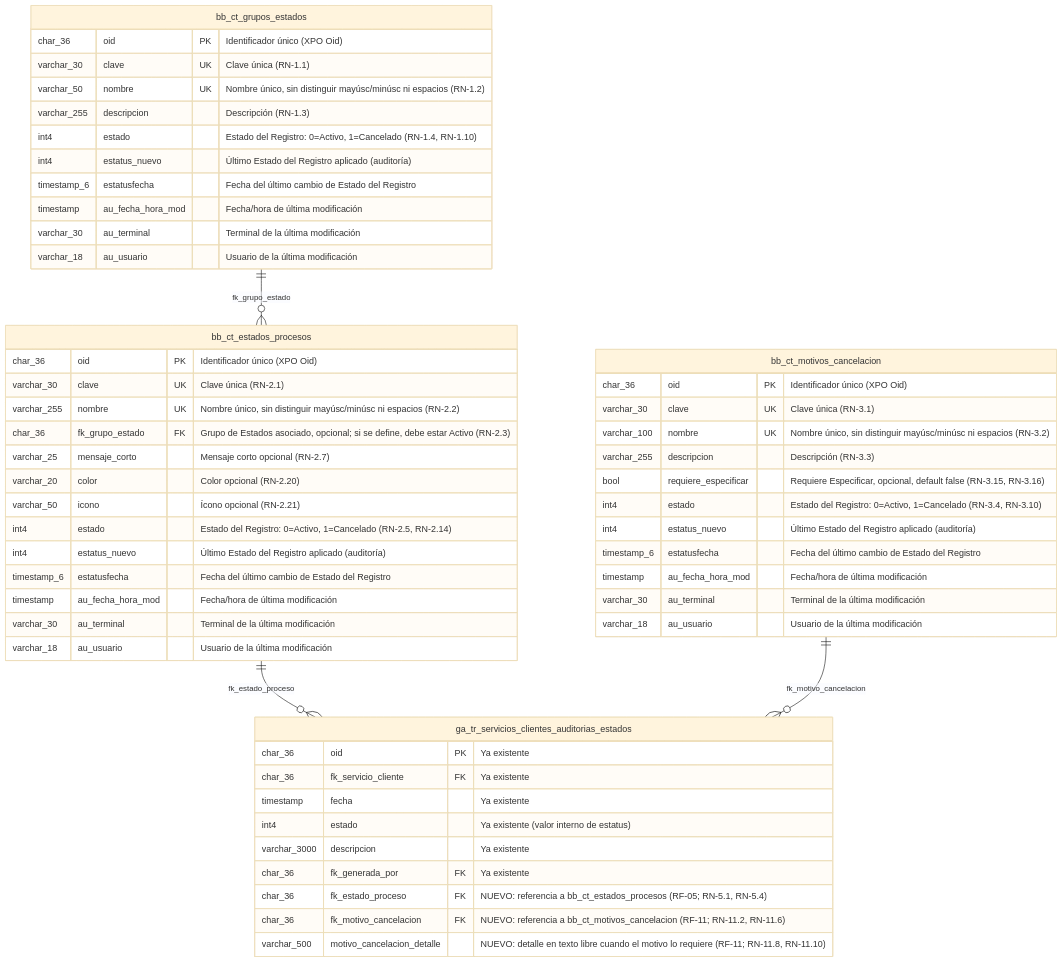
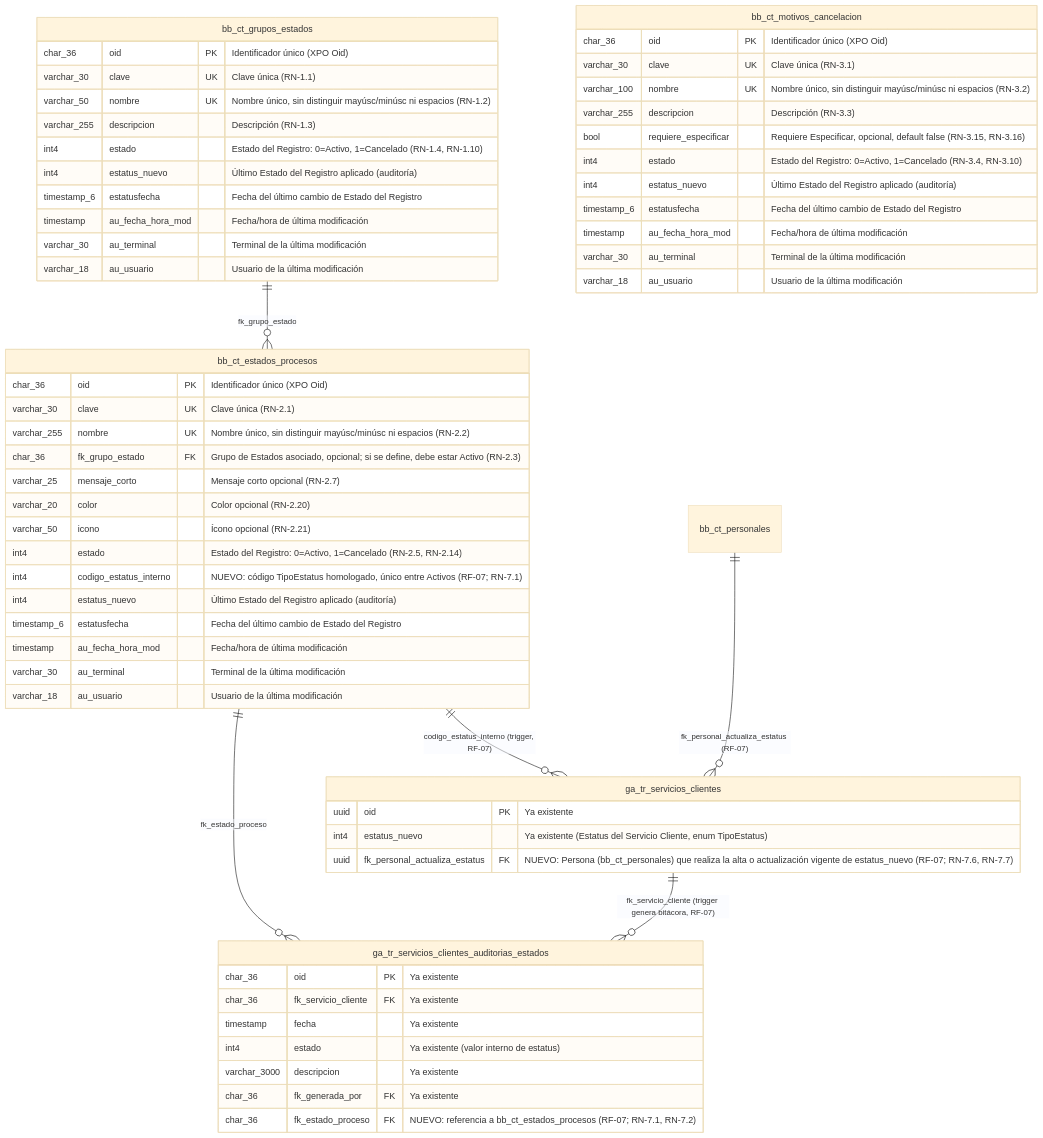
Before and after one commit to solis1408/Business-Suite: the diagram in docs/Proyectos/EstatusTickets/documentacion/Tecnico-Monitor-CAU-Nuevos-Estados.md, drawn with Mermaid (base theme). The commit also changed other lines of this file and 4 other files, not shown here.

Commit message:
docs(estatus-tickets): renombra Funcionales a Estados-Tickets-Proyectos y elimina requerimientos obsoletos

````diff
--- a/docs/Proyectos/EstatusTickets/documentacion/Tecnico-Monitor-CAU-Nuevos-Estados.md
+++ b/docs/Proyectos/EstatusTickets/documentacion/Tecnico-Monitor-CAU-Nuevos-Estados.md
@@ -41,58 +46,64 @@
 ```mermaid
 erDiagram
     bb_ct_grupos_estados ||--o{ bb_ct_estados_procesos : "fk_grupo_estado"
     bb_ct_estados_procesos ||--o{ ga_tr_servicios_clientes_auditorias_estados : "fk_estado_proceso"
-    bb_ct_motivos_cancelacion ||--o{ ga_tr_servicios_clientes_auditorias_estados : "fk_motivo_cancelacion"
+    bb_ct_estados_procesos ||--o{ ga_tr_servicios_clientes : "codigo_estatus_interno (trigger, RF-07)"
+    ga_tr_servicios_clientes ||--o{ ga_tr_servicios_clientes_auditorias_estados : "fk_servicio_cliente (trigger genera bitácora, RF-07)"
+    bb_ct_personales ||--o{ ga_tr_servicios_clientes : "fk_personal_actualiza_estatus (RF-07)"
 
+    ga_tr_servicios_clientes {
+        uuid oid PK "Ya existente"
+        int4 estatus_nuevo "Ya existente (Estatus del Servicio Cliente, enum TipoEstatus)"
+        uuid fk_personal_actualiza_estatus FK "NUEVO: Persona (bb_ct_personales) que realiza la alta o actualización vigente de estatus_nuevo (RF-07; RN-7.6, RN-7.7)"
+    }
     bb_ct_grupos_estados {
         char_36 oid PK "Identificador único (XPO Oid)"
         varchar_30 clave UK "Clave única (RN-1.1)"
         varchar_50 nombre UK "Nombre único, sin distinguir mayúsc/minúsc ni espacios (RN-1.2)"
         varchar_255 descripcion "Descripción (RN-1.3)"
         int4 estado "Estado del Registro: 0=Activo, 1=Cancelado (RN-1.4, RN-1.10)"
         int4 estatus_nuevo "Último Estado del Registro aplicado (auditoría)"
         timestamp_6 estatusfecha "Fecha del último cambio de Estado del Registro"
         timestamp au_fecha_hora_mod "Fecha/hora de última modificación"
         varchar_30 au_terminal "Terminal de la última modificación"
         varchar_18 au_usuario "Usuario de la última modificación"
     }
     bb_ct_estados_procesos {
         char_36 oid PK "Identificador único (XPO Oid)"
         varchar_30 clave UK "Clave única (RN-2.1)"
         varchar_255 nombre UK "Nombre único, sin distinguir mayúsc/minúsc ni espacios (RN-2.2)"
         char_36 fk_grupo_estado FK "Grupo de Estados asociado, opcional; si se define, debe estar Activo (RN-2.3)"
         varchar_25 mensaje_corto "Mensaje corto opcional (RN-2.7)"
         varchar_20 color "Color opcional (RN-2.20)"
         varchar_50 icono "Ícono opcional (RN-2.21)"
         int4 estado "Estado del Registro: 0=Activo, 1=Cancelado (RN-2.5, RN-2.14)"
+        int4 codigo_estatus_interno "NUEVO: código TipoEstatus homologado, único entre Activos (RF-07; RN-7.1)"
         int4 estatus_nuevo "Último Estado del Registro aplicado (auditoría)"
         timestamp_6 estatusfecha "Fecha del último cambio de Estado del Registro"
         timestamp au_fecha_hora_mod "Fecha/hora de última modificación"
         varchar_30 au_terminal "Terminal de la última modificación"
         varchar_18 au_usuario "Usuario de la última modificación"
     }
     bb_ct_motivos_cancelacion {
         char_36 oid PK "Identificador único (XPO Oid)"
         varchar_30 clave UK "Clave única (RN-3.1)"
         varchar_100 nombre UK "Nombre único, sin distinguir mayúsc/minúsc ni espacios (RN-3.2)"
         varchar_255 descripcion "Descripción (RN-3.3)"
         bool requiere_especificar "Requiere Especificar, opcional, default false (RN-3.15, RN-3.16)"
         int4 estado "Estado del Registro: 0=Activo, 1=Cancelado (RN-3.4, RN-3.10)"
         int4 estatus_nuevo "Último Estado del Registro aplicado (auditoría)"
         timestamp_6 estatusfecha "Fecha del último cambio de Estado del Registro"
         timestamp au_fecha_hora_mod "Fecha/hora de última modificación"
         varchar_30 au_terminal "Terminal de la última modificación"
         varchar_18 au_usuario "Usuario de la última modificación"
     }
     ga_tr_servicios_clientes_auditorias_estados {
         char_36 oid PK "Ya existente"
         char_36 fk_servicio_cliente FK "Ya existente"
         timestamp fecha "Ya existente"
         int4 estado "Ya existente (valor interno de estatus)"
         varchar_3000 descripcion "Ya existente"
         char_36 fk_generada_por FK "Ya existente"
-        char_36 fk_estado_proceso FK "NUEVO: referencia a bb_ct_estados_procesos (RF-05; RN-5.1, RN-5.4)"
-        char_36 fk_motivo_cancelacion FK "NUEVO: referencia a bb_ct_motivos_cancelacion (RF-11; RN-11.2, RN-11.6)"
-        varchar_500 motivo_cancelacion_detalle "NUEVO: detalle en texto libre cuando el motivo lo requiere (RF-11; RN-11.8, RN-11.10)"
+        char_36 fk_estado_proceso FK "NUEVO: referencia a bb_ct_estados_procesos (RF-07; RN-7.1, RN-7.2)"
     }
 ```
````
